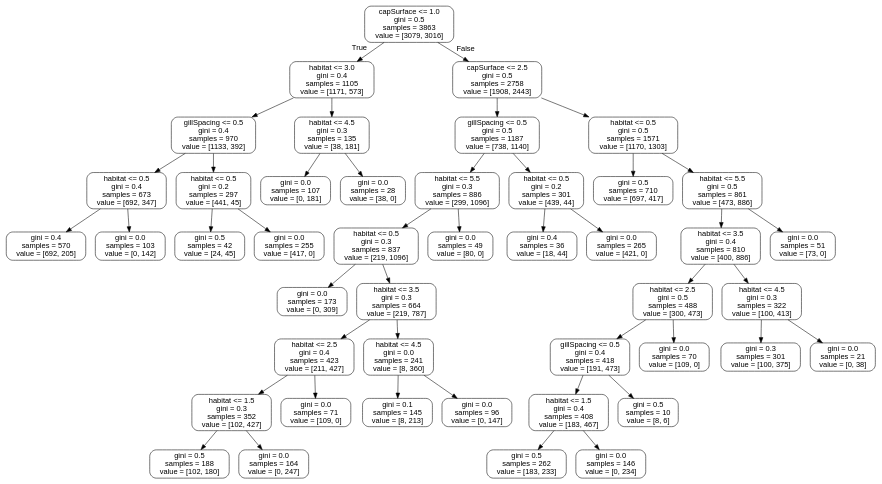
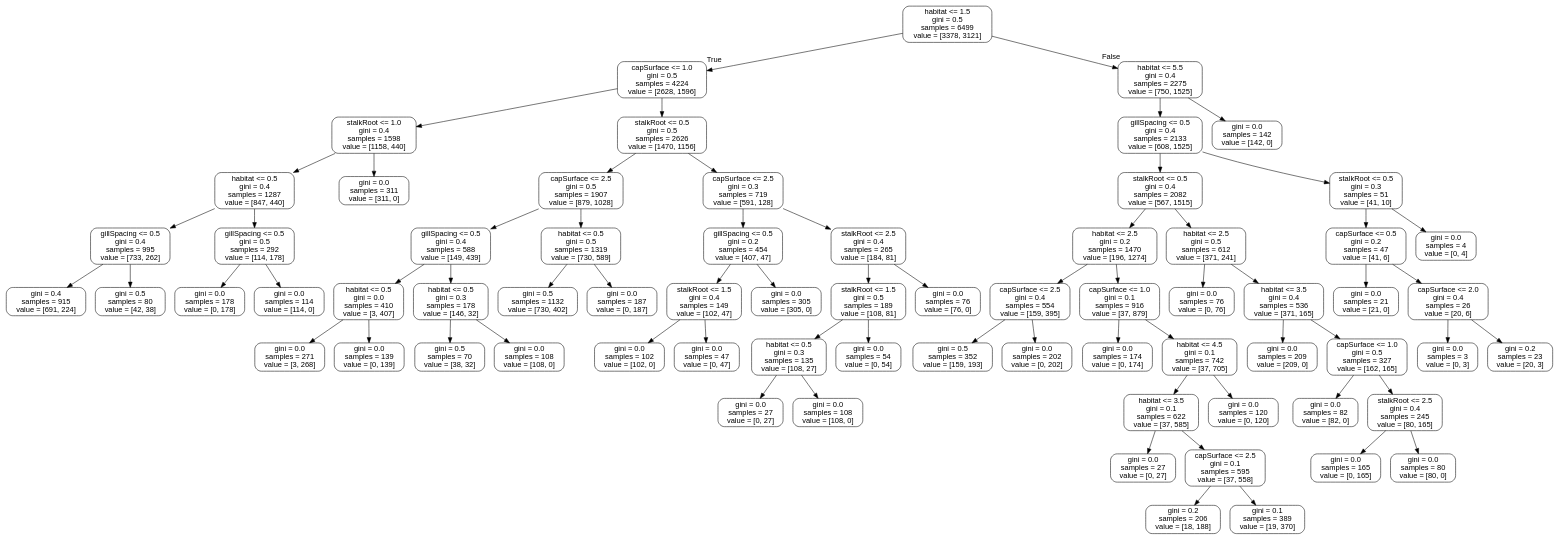
One commit to williamhenderson02/ML-Coursework-2022 changed the diagram in tree.dot. Above: the diagram before and after it, drawn with Graphviz. The commit also changed 39 other files, not shown here.

```diff
--- a/tree.dot
+++ b/tree.dot
@@ -1,93 +1,141 @@
 digraph Tree {
 node [shape=box, style="rounded", color="black", fontname="helvetica"] ;
 edge [fontname="helvetica"] ;
-0 [label="capSurface <= 1.0\ngini = 0.5\nsamples = 3863\nvalue = [3079, 3016]"] ;
-1 [label="habitat <= 3.0\ngini = 0.4\nsamples = 1105\nvalue = [1171, 573]"] ;
+0 [label="habitat <= 1.5\ngini = 0.5\nsamples = 6499\nvalue = [3378, 3121]"] ;
+1 [label="capSurface <= 1.0\ngini = 0.5\nsamples = 4224\nvalue = [2628, 1596]"] ;
 0 -> 1 [labeldistance=2.5, labelangle=45, headlabel="True"] ;
-2 [label="gillSpacing <= 0.5\ngini = 0.4\nsamples = 970\nvalue = [1133, 392]"] ;
+2 [label="stalkRoot <= 1.0\ngini = 0.4\nsamples = 1598\nvalue = [1158, 440]"] ;
 1 -> 2 ;
-3 [label="habitat <= 0.5\ngini = 0.4\nsamples = 673\nvalue = [692, 347]"] ;
+3 [label="habitat <= 0.5\ngini = 0.4\nsamples = 1287\nvalue = [847, 440]"] ;
 2 -> 3 ;
-4 [label="gini = 0.4\nsamples = 570\nvalue = [692, 205]"] ;
+4 [label="gillSpacing <= 0.5\ngini = 0.4\nsamples = 995\nvalue = [733, 262]"] ;
 3 -> 4 ;
-5 [label="gini = 0.0\nsamples = 103\nvalue = [0, 142]"] ;
-3 -> 5 ;
-6 [label="habitat <= 0.5\ngini = 0.2\nsamples = 297\nvalue = [441, 45]"] ;
-2 -> 6 ;
-7 [label="gini = 0.5\nsamples = 42\nvalue = [24, 45]"] ;
-6 -> 7 ;
-8 [label="gini = 0.0\nsamples = 255\nvalue = [417, 0]"] ;
-6 -> 8 ;
-9 [label="habitat <= 4.5\ngini = 0.3\nsamples = 135\nvalue = [38, 181]"] ;
-1 -> 9 ;
-10 [label="gini = 0.0\nsamples = 107\nvalue = [0, 181]"] ;
-9 -> 10 ;
-11 [label="gini = 0.0\nsamples = 28\nvalue = [38, 0]"] ;
-9 -> 11 ;
-12 [label="capSurface <= 2.5\ngini = 0.5\nsamples = 2758\nvalue = [1908, 2443]"] ;
-0 -> 12 [labeldistance=2.5, labelangle=-45, headlabel="False"] ;
-13 [label="gillSpacing <= 0.5\ngini = 0.5\nsamples = 1187\nvalue = [738, 1140]"] ;
+5 [label="gini = 0.4\nsamples = 915\nvalue = [691, 224]"] ;
+4 -> 5 ;
+6 [label="gini = 0.5\nsamples = 80\nvalue = [42, 38]"] ;
+4 -> 6 ;
+7 [label="gillSpacing <= 0.5\ngini = 0.5\nsamples = 292\nvalue = [114, 178]"] ;
+3 -> 7 ;
+8 [label="gini = 0.0\nsamples = 178\nvalue = [0, 178]"] ;
+7 -> 8 ;
+9 [label="gini = 0.0\nsamples = 114\nvalue = [114, 0]"] ;
+7 -> 9 ;
+10 [label="gini = 0.0\nsamples = 311\nvalue = [311, 0]"] ;
+2 -> 10 ;
+11 [label="stalkRoot <= 0.5\ngini = 0.5\nsamples = 2626\nvalue = [1470, 1156]"] ;
+1 -> 11 ;
+12 [label="capSurface <= 2.5\ngini = 0.5\nsamples = 1907\nvalue = [879, 1028]"] ;
+11 -> 12 ;
+13 [label="gillSpacing <= 0.5\ngini = 0.4\nsamples = 588\nvalue = [149, 439]"] ;
 12 -> 13 ;
-14 [label="habitat <= 5.5\ngini = 0.3\nsamples = 886\nvalue = [299, 1096]"] ;
+14 [label="habitat <= 0.5\ngini = 0.0\nsamples = 410\nvalue = [3, 407]"] ;
 13 -> 14 ;
-15 [label="habitat <= 0.5\ngini = 0.3\nsamples = 837\nvalue = [219, 1096]"] ;
+15 [label="gini = 0.0\nsamples = 271\nvalue = [3, 268]"] ;
 14 -> 15 ;
-16 [label="gini = 0.0\nsamples = 173\nvalue = [0, 309]"] ;
-15 -> 16 ;
-17 [label="habitat <= 3.5\ngini = 0.3\nsamples = 664\nvalue = [219, 787]"] ;
-15 -> 17 ;
-18 [label="habitat <= 2.5\ngini = 0.4\nsamples = 423\nvalue = [211, 427]"] ;
+16 [label="gini = 0.0\nsamples = 139\nvalue = [0, 139]"] ;
+14 -> 16 ;
+17 [label="habitat <= 0.5\ngini = 0.3\nsamples = 178\nvalue = [146, 32]"] ;
+13 -> 17 ;
+18 [label="gini = 0.5\nsamples = 70\nvalue = [38, 32]"] ;
 17 -> 18 ;
-19 [label="habitat <= 1.5\ngini = 0.3\nsamples = 352\nvalue = [102, 427]"] ;
-18 -> 19 ;
-20 [label="gini = 0.5\nsamples = 188\nvalue = [102, 180]"] ;
-19 -> 20 ;
-21 [label="gini = 0.0\nsamples = 164\nvalue = [0, 247]"] ;
-19 -> 21 ;
-22 [label="gini = 0.0\nsamples = 71\nvalue = [109, 0]"] ;
-18 -> 22 ;
-23 [label="habitat <= 4.5\ngini = 0.0\nsamples = 241\nvalue = [8, 360]"] ;
-17 -> 23 ;
-24 [label="gini = 0.1\nsamples = 145\nvalue = [8, 213]"] ;
+19 [label="gini = 0.0\nsamples = 108\nvalue = [108, 0]"] ;
+17 -> 19 ;
+20 [label="habitat <= 0.5\ngini = 0.5\nsamples = 1319\nvalue = [730, 589]"] ;
+12 -> 20 ;
+21 [label="gini = 0.5\nsamples = 1132\nvalue = [730, 402]"] ;
+20 -> 21 ;
+22 [label="gini = 0.0\nsamples = 187\nvalue = [0, 187]"] ;
+20 -> 22 ;
+23 [label="capSurface <= 2.5\ngini = 0.3\nsamples = 719\nvalue = [591, 128]"] ;
+11 -> 23 ;
+24 [label="gillSpacing <= 0.5\ngini = 0.2\nsamples = 454\nvalue = [407, 47]"] ;
 23 -> 24 ;
-25 [label="gini = 0.0\nsamples = 96\nvalue = [0, 147]"] ;
-23 -> 25 ;
-26 [label="gini = 0.0\nsamples = 49\nvalue = [80, 0]"] ;
-14 -> 26 ;
-27 [label="habitat <= 0.5\ngini = 0.2\nsamples = 301\nvalue = [439, 44]"] ;
-13 -> 27 ;
-28 [label="gini = 0.4\nsamples = 36\nvalue = [18, 44]"] ;
-27 -> 28 ;
-29 [label="gini = 0.0\nsamples = 265\nvalue = [421, 0]"] ;
-27 -> 29 ;
-30 [label="habitat <= 0.5\ngini = 0.5\nsamples = 1571\nvalue = [1170, 1303]"] ;
-12 -> 30 ;
-31 [label="gini = 0.5\nsamples = 710\nvalue = [697, 417]"] ;
+25 [label="stalkRoot <= 1.5\ngini = 0.4\nsamples = 149\nvalue = [102, 47]"] ;
+24 -> 25 ;
+26 [label="gini = 0.0\nsamples = 102\nvalue = [102, 0]"] ;
+25 -> 26 ;
+27 [label="gini = 0.0\nsamples = 47\nvalue = [0, 47]"] ;
+25 -> 27 ;
+28 [label="gini = 0.0\nsamples = 305\nvalue = [305, 0]"] ;
+24 -> 28 ;
+29 [label="stalkRoot <= 2.5\ngini = 0.4\nsamples = 265\nvalue = [184, 81]"] ;
+23 -> 29 ;
+30 [label="stalkRoot <= 1.5\ngini = 0.5\nsamples = 189\nvalue = [108, 81]"] ;
+29 -> 30 ;
+31 [label="habitat <= 0.5\ngini = 0.3\nsamples = 135\nvalue = [108, 27]"] ;
 30 -> 31 ;
-32 [label="habitat <= 5.5\ngini = 0.5\nsamples = 861\nvalue = [473, 886]"] ;
-30 -> 32 ;
-33 [label="habitat <= 3.5\ngini = 0.4\nsamples = 810\nvalue = [400, 886]"] ;
-32 -> 33 ;
-34 [label="habitat <= 2.5\ngini = 0.5\nsamples = 488\nvalue = [300, 473]"] ;
-33 -> 34 ;
-35 [label="gillSpacing <= 0.5\ngini = 0.4\nsamples = 418\nvalue = [191, 473]"] ;
-34 -> 35 ;
-36 [label="habitat <= 1.5\ngini = 0.4\nsamples = 408\nvalue = [183, 467]"] ;
-35 -> 36 ;
-37 [label="gini = 0.5\nsamples = 262\nvalue = [183, 233]"] ;
+32 [label="gini = 0.0\nsamples = 27\nvalue = [0, 27]"] ;
+31 -> 32 ;
+33 [label="gini = 0.0\nsamples = 108\nvalue = [108, 0]"] ;
+31 -> 33 ;
+34 [label="gini = 0.0\nsamples = 54\nvalue = [0, 54]"] ;
+30 -> 34 ;
+35 [label="gini = 0.0\nsamples = 76\nvalue = [76, 0]"] ;
+29 -> 35 ;
+36 [label="habitat <= 5.5\ngini = 0.4\nsamples = 2275\nvalue = [750, 1525]"] ;
+0 -> 36 [labeldistance=2.5, labelangle=-45, headlabel="False"] ;
+37 [label="gillSpacing <= 0.5\ngini = 0.4\nsamples = 2133\nvalue = [608, 1525]"] ;
 36 -> 37 ;
-38 [label="gini = 0.0\nsamples = 146\nvalue = [0, 234]"] ;
-36 -> 38 ;
-39 [label="gini = 0.5\nsamples = 10\nvalue = [8, 6]"] ;
-35 -> 39 ;
-40 [label="gini = 0.0\nsamples = 70\nvalue = [109, 0]"] ;
-34 -> 40 ;
-41 [label="habitat <= 4.5\ngini = 0.3\nsamples = 322\nvalue = [100, 413]"] ;
-33 -> 41 ;
-42 [label="gini = 0.3\nsamples = 301\nvalue = [100, 375]"] ;
-41 -> 42 ;
-43 [label="gini = 0.0\nsamples = 21\nvalue = [0, 38]"] ;
-41 -> 43 ;
-44 [label="gini = 0.0\nsamples = 51\nvalue = [73, 0]"] ;
-32 -> 44 ;
+38 [label="stalkRoot <= 0.5\ngini = 0.4\nsamples = 2082\nvalue = [567, 1515]"] ;
+37 -> 38 ;
+39 [label="habitat <= 2.5\ngini = 0.2\nsamples = 1470\nvalue = [196, 1274]"] ;
+38 -> 39 ;
+40 [label="capSurface <= 2.5\ngini = 0.4\nsamples = 554\nvalue = [159, 395]"] ;
+39 -> 40 ;
+41 [label="gini = 0.5\nsamples = 352\nvalue = [159, 193]"] ;
+40 -> 41 ;
+42 [label="gini = 0.0\nsamples = 202\nvalue = [0, 202]"] ;
+40 -> 42 ;
+43 [label="capSurface <= 1.0\ngini = 0.1\nsamples = 916\nvalue = [37, 879]"] ;
+39 -> 43 ;
+44 [label="gini = 0.0\nsamples = 174\nvalue = [0, 174]"] ;
+43 -> 44 ;
+45 [label="habitat <= 4.5\ngini = 0.1\nsamples = 742\nvalue = [37, 705]"] ;
+43 -> 45 ;
+46 [label="habitat <= 3.5\ngini = 0.1\nsamples = 622\nvalue = [37, 585]"] ;
+45 -> 46 ;
+47 [label="gini = 0.0\nsamples = 27\nvalue = [0, 27]"] ;
+46 -> 47 ;
+48 [label="capSurface <= 2.5\ngini = 0.1\nsamples = 595\nvalue = [37, 558]"] ;
+46 -> 48 ;
+49 [label="gini = 0.2\nsamples = 206\nvalue = [18, 188]"] ;
+48 -> 49 ;
+50 [label="gini = 0.1\nsamples = 389\nvalue = [19, 370]"] ;
+48 -> 50 ;
+51 [label="gini = 0.0\nsamples = 120\nvalue = [0, 120]"] ;
+45 -> 51 ;
+52 [label="habitat <= 2.5\ngini = 0.5\nsamples = 612\nvalue = [371, 241]"] ;
+38 -> 52 ;
+53 [label="gini = 0.0\nsamples = 76\nvalue = [0, 76]"] ;
+52 -> 53 ;
+54 [label="habitat <= 3.5\ngini = 0.4\nsamples = 536\nvalue = [371, 165]"] ;
+52 -> 54 ;
+55 [label="gini = 0.0\nsamples = 209\nvalue = [209, 0]"] ;
+54 -> 55 ;
+56 [label="capSurface <= 1.0\ngini = 0.5\nsamples = 327\nvalue = [162, 165]"] ;
+54 -> 56 ;
+57 [label="gini = 0.0\nsamples = 82\nvalue = [82, 0]"] ;
+56 -> 57 ;
+58 [label="stalkRoot <= 2.5\ngini = 0.4\nsamples = 245\nvalue = [80, 165]"] ;
+56 -> 58 ;
+59 [label="gini = 0.0\nsamples = 165\nvalue = [0, 165]"] ;
+58 -> 59 ;
+60 [label="gini = 0.0\nsamples = 80\nvalue = [80, 0]"] ;
+58 -> 60 ;
+61 [label="stalkRoot <= 0.5\ngini = 0.3\nsamples = 51\nvalue = [41, 10]"] ;
+37 -> 61 ;
+62 [label="capSurface <= 0.5\ngini = 0.2\nsamples = 47\nvalue = [41, 6]"] ;
+61 -> 62 ;
+63 [label="gini = 0.0\nsamples = 21\nvalue = [21, 0]"] ;
+62 -> 63 ;
+64 [label="capSurface <= 2.0\ngini = 0.4\nsamples = 26\nvalue = [20, 6]"] ;
+62 -> 64 ;
+65 [label="gini = 0.0\nsamples = 3\nvalue = [0, 3]"] ;
+64 -> 65 ;
+66 [label="gini = 0.2\nsamples = 23\nvalue = [20, 3]"] ;
+64 -> 66 ;
+67 [label="gini = 0.0\nsamples = 4\nvalue = [0, 4]"] ;
+61 -> 67 ;
+68 [label="gini = 0.0\nsamples = 142\nvalue = [142, 0]"] ;
+36 -> 68 ;
 }
```
